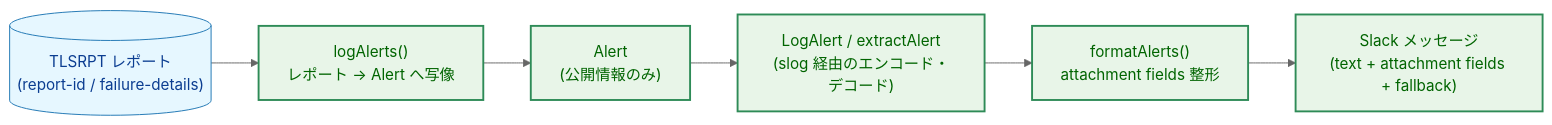
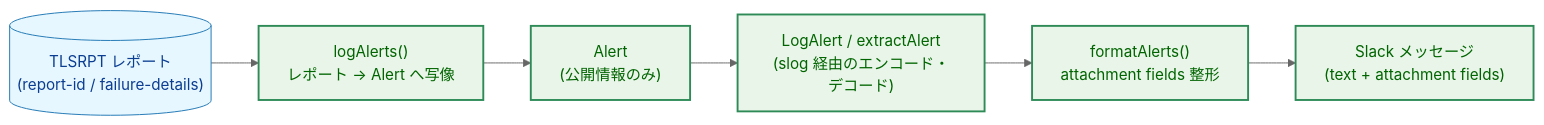
Before and after one commit to isseis/tlsrpt-digest: the first of 3 diagrams in docs/tasks/0101_slack_alert_format/02_architecture.md, drawn with Mermaid (neutral theme). The commit also changed other lines of this file and 1 other file, not shown here.

First line of the commit message:
docs(0101): remove fallback references from task documents

````diff
--- a/docs/tasks/0101_slack_alert_format/02_architecture.md
+++ b/docs/tasks/0101_slack_alert_format/02_architecture.md
@@ -31,21 +31,21 @@
 ```mermaid
 flowchart LR
     classDef data fill:#e6f7ff,stroke:#1f77b4,stroke-width:1px,color:#0b3d91;
     classDef enhanced fill:#e8f5e8,stroke:#2e8b57,stroke-width:2px,color:#006400;
 
     REP[("TLSRPT レポート<br>(report-id / failure-details)")]
     MAP["logAlerts()<br>レポート → Alert へ写像"]
     ALERT["Alert<br>(公開情報のみ)"]
     LOG["LogAlert / extractAlert<br>(slog 経由のエンコード・デコード)"]
     FMT["formatAlerts()<br>attachment fields 整形"]
-    SLACK["Slack メッセージ<br>(text + attachment fields + fallback)"]
+    SLACK["Slack メッセージ<br>(text + attachment fields)"]
 
     REP --> MAP
     MAP --> ALERT
     ALERT --> LOG
     LOG --> FMT
     FMT --> SLACK
 
     class REP data
     class MAP,ALERT,LOG,FMT,SLACK enhanced
 ```
````
